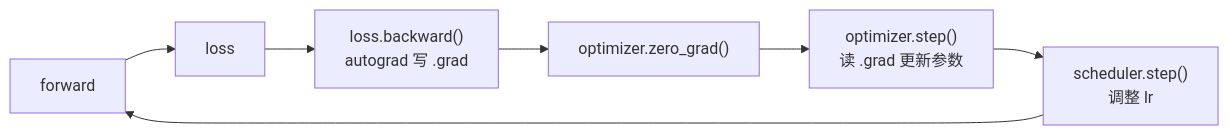
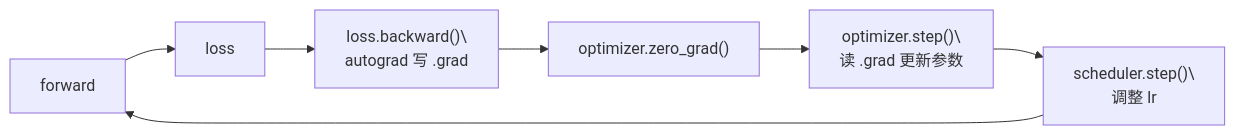
The diagram in docs/knowledge/pytorch/pytorch-optim.md (stevexiaofei/second-brain), drawn with Mermaid before and after one commit. The commit also changed 14 other files, not shown here.

First line of the commit message:
docs: bump mermaid font sizes and replace <br/> with real newlines

````diff
--- a/docs/knowledge/pytorch/pytorch-optim.md
+++ b/docs/knowledge/pytorch/pytorch-optim.md
@@ -67,9 +67,12 @@
 ```mermaid
 flowchart LR
     F["forward"] --> L["loss"]
-    L --> B["loss.backward()<br/>autograd 写 .grad"]
+    L --> B["loss.backward()\
+autograd 写 .grad"]
     B --> Z["optimizer.zero_grad()"]
-    Z --> S["optimizer.step()<br/>读 .grad 更新参数"]
-    S --> LR["scheduler.step()<br/>调整 lr"]
+    Z --> S["optimizer.step()\
+读 .grad 更新参数"]
+    S --> LR["scheduler.step()\
+调整 lr"]
     LR --> F
 ```
````
